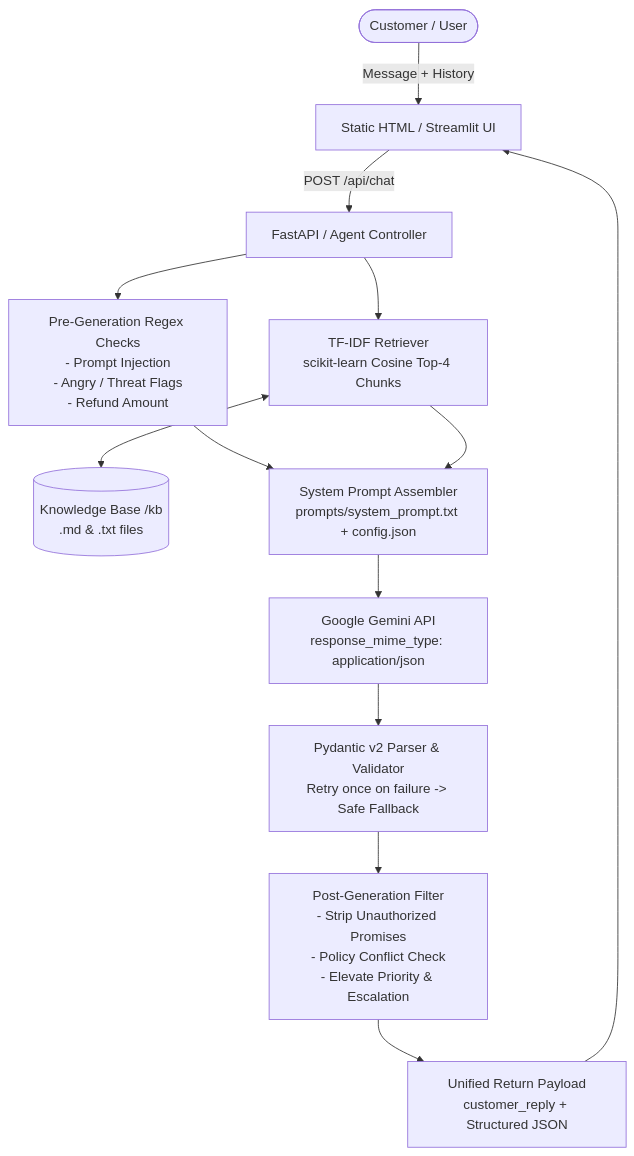
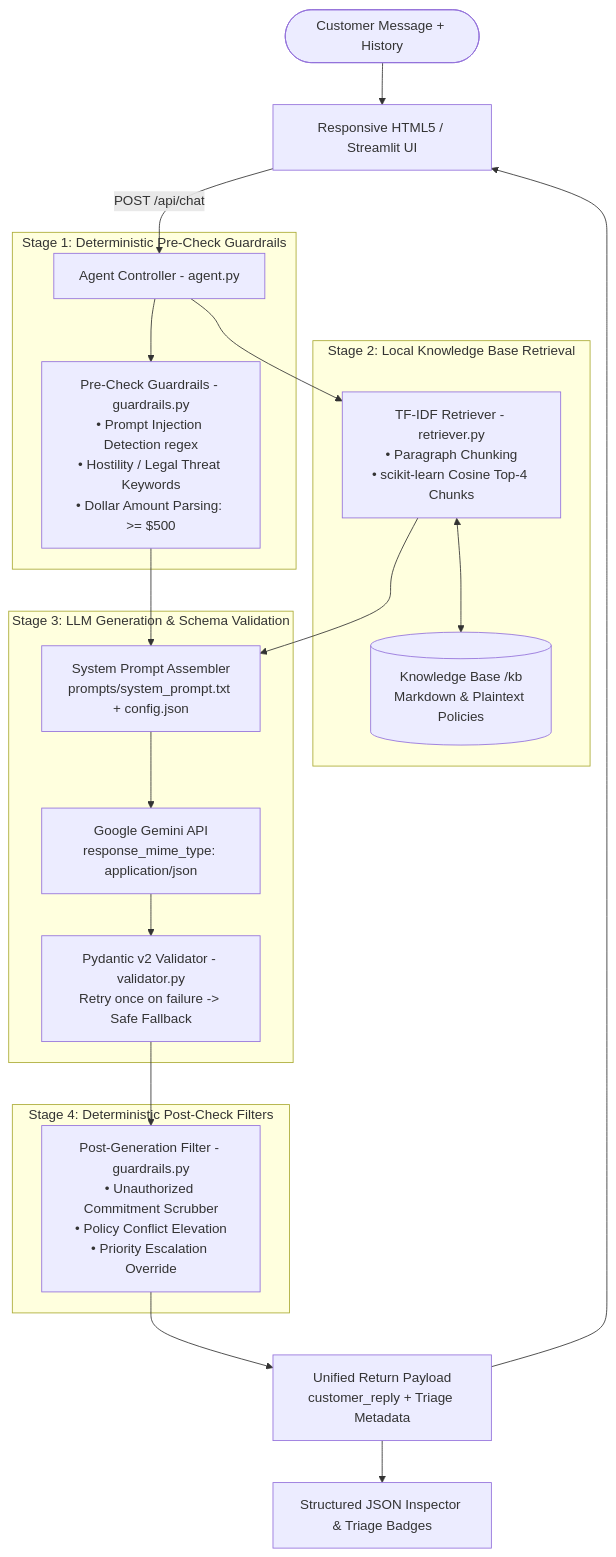
One commit to kunj2210/AI_Agent changed the diagram in README.md. Above: the diagram before and after it, drawn with Mermaid. The commit also changed other lines of this file and 5 other files, not shown here.

````diff
--- a/README.md
+++ b/README.md
@@ -57,19 +26,28 @@
 ```mermaid
 flowchart TD
-    User([Customer / User]) -->|Message + History| Frontend[Static HTML / Streamlit UI]
-    Frontend -->|POST /api/chat| API[FastAPI / Agent Controller]
+    User([Customer Message + History]) --> Frontend[Responsive HTML5 / Streamlit UI]
+    Frontend -->|POST /api/chat| API[Agent Controller - agent.py]
     
-    API --> PreCheck[Pre-Generation Regex Checks\n- Prompt Injection\n- Angry / Threat Flags\n- Refund Amount]
-    
-    API --> Retriever[TF-IDF Retriever\nscikit-learn Cosine Top-4 Chunks]
-    Retriever <--> KB[(Knowledge Base /kb\n.md & .txt files)]
-    
-    PreCheck & Retriever --> PromptBuilder[System Prompt Assembler\nprompts/system_prompt.txt + config.json]
-    PromptBuilder --> LLM[Google Gemini API\nresponse_mime_type: application/json]
-    
-    LLM --> Validator[Pydantic v2 Parser & Validator\nRetry once on failure -> Safe Fallback]
-    Validator --> PostCheck[Post-Generation Filter\n- Strip Unauthorized Promises\n- Policy Conflict Check\n- Elevate Priority & Escalation]
-    
-    PostCheck --> Response[Unified Return Payload\ncustomer_reply + Structured JSON]
+    subgraph Stage 1: Deterministic Pre-Check Guardrails
+        API --> PreRegex[Pre-Check Guardrails - guardrails.py\n• Prompt Injection Detection regex\n• Hostility / Legal Threat Keywords\n• Dollar Amount Parsing: >= $500]
+    end
+
+    subgraph Stage 2: Local Knowledge Base Retrieval
+        API --> Retriever[TF-IDF Retriever - retriever.py\n• Paragraph Chunking\n• scikit-learn Cosine Top-4 Chunks]
+        Retriever <--> KB[(Knowledge Base /kb\nMarkdown & Plaintext Policies)]
+    end
+
+    subgraph Stage 3: LLM Generation & Schema Validation
+        PreRegex & Retriever --> PromptBuilder[System Prompt Assembler\nprompts/system_prompt.txt + config.json]
+        PromptBuilder --> LLM[Google Gemini API\nresponse_mime_type: application/json]
+        LLM --> Validator[Pydantic v2 Validator - validator.py\nRetry once on failure -> Safe Fallback]
+    end
+
+    subgraph Stage 4: Deterministic Post-Check Filters
+        Validator --> PostFilter[Post-Generation Filter - guardrails.py\n• Unauthorized Commitment Scrubber\n• Policy Conflict Elevation\n• Priority Escalation Override]
+    end
+
+    PostFilter --> Response[Unified Return Payload\ncustomer_reply + Triage Metadata]
     Response --> Frontend
+    Response --> JSONInspector[Structured JSON Inspector & Triage Badges]
 ```
````
